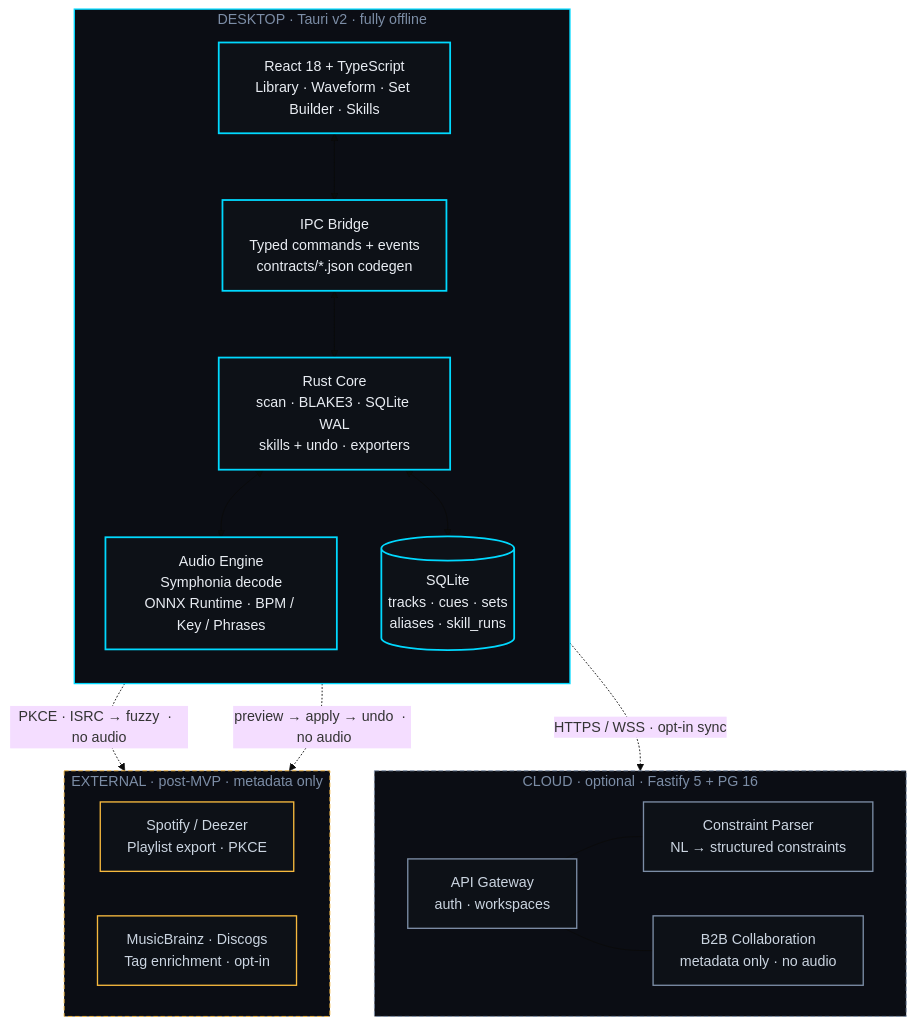
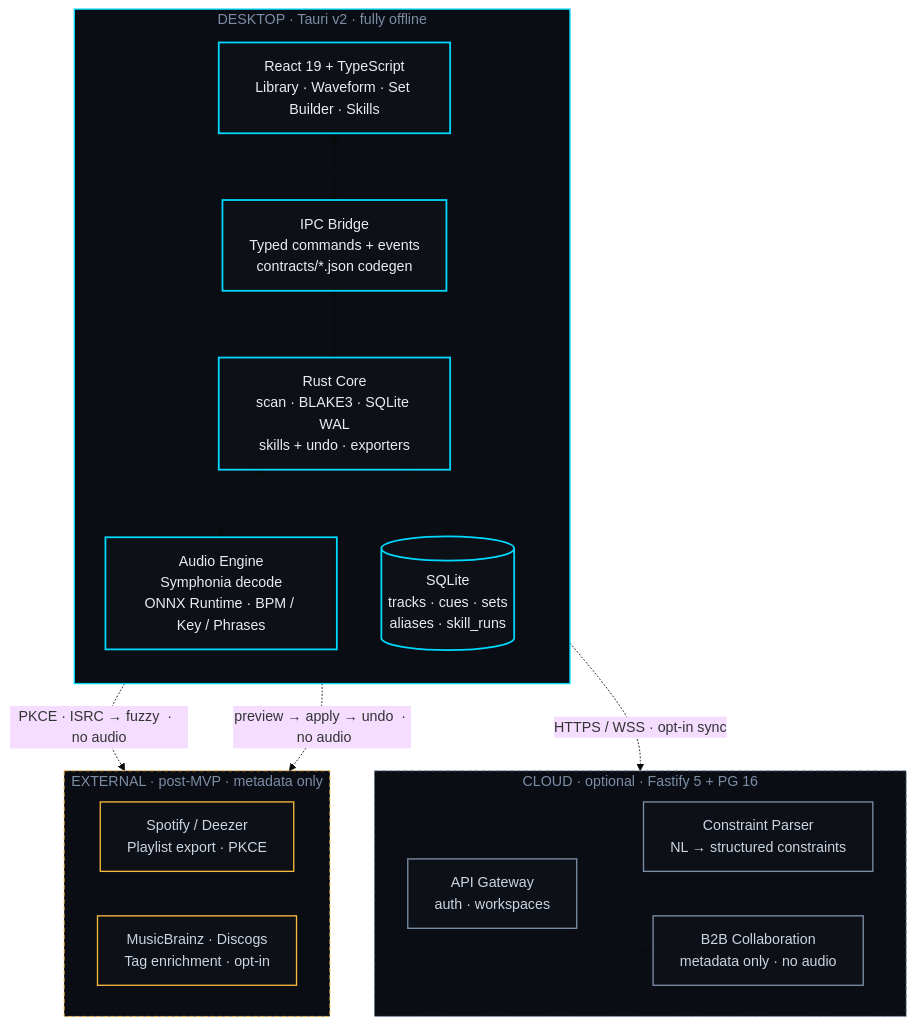
Before and after one commit to iDorgham/DJ-Assistant: the second of 2 diagrams in README.md, drawn with Mermaid (base theme). The commit also changed other lines of this file and 9 other files, not shown here.

````diff
--- a/README.md
+++ b/README.md
@@ -230,51 +234,51 @@
 ```mermaid
 graph TB
     subgraph Desktop["  DESKTOP  ·  Tauri v2  ·  fully offline  "]
         direction TB
-        UI["React 18 + TypeScript\nLibrary · Waveform · Set Builder · Skills"]
+        UI["React 19 + TypeScript\nLibrary · Waveform · Set Builder · Skills"]
         IPC["IPC Bridge\nTyped commands + events\ncontracts/*.json  codegen"]
         Core["Rust Core\nscan · BLAKE3 · SQLite WAL\nskills + undo · exporters"]
         Audio["Audio Engine\nSymphonia decode\nONNX Runtime · BPM / Key / Phrases"]
         DB[("SQLite\ntracks · cues · sets\naliases · skill_runs")]
 
         UI  <-->  IPC
         IPC <-->  Core
         Core <--> Audio
         Core <--> DB
     end
 
     subgraph Cloud["  CLOUD  ·  optional  ·  Fastify 5 + PG 16  "]
         direction LR
         API["API Gateway\nauth · workspaces"]
         LLM["Constraint Parser\nNL → structured constraints"]
         Collab["B2B Collaboration\nmetadata only · no audio"]
         API --- LLM
         API --- Collab
     end
 
     subgraph Ext["  EXTERNAL  ·  post-MVP  ·  metadata only  "]
         direction LR
         SP["Spotify / Deezer\nPlaylist export · PKCE"]
         EN["MusicBrainz · Discogs\nTag enrichment · opt-in"]
     end
 
     IPC  -.->|"HTTPS / WSS  ·  opt-in sync"| API
     Core -.->|"PKCE · ISRC → fuzzy  ·  no audio"| SP
     Core -.->|"preview → apply → undo  ·  no audio"| EN
 
     classDef node    fill:#0D1117,stroke:#00D9FF,stroke-width:2px,color:#E9EDF3
     classDef db      fill:#0D1117,stroke:#00D9FF,stroke-width:2px,color:#E9EDF3
     classDef cnode   fill:#0D1117,stroke:#7C8DA6,stroke-width:1.5px,color:#CBD5E1
     classDef enode   fill:#0D1117,stroke:#F7B93E,stroke-width:1.5px,color:#CBD5E1
     classDef dsub    fill:#0B0D14,stroke:#00D9FF,stroke-width:1.5px,color:#7C8DA6
     classDef csub    fill:#0B0D14,stroke:#7C8DA6,stroke-width:1px,color:#7C8DA6,stroke-dasharray:5 3
     classDef esub    fill:#0B0D14,stroke:#F7B93E,stroke-width:1px,color:#7C8DA6,stroke-dasharray:5 3
 
     class UI,IPC,Core,Audio node
     class DB db
     class API,LLM,Collab cnode
     class SP,EN enode
     class Desktop dsub
     class Cloud csub
     class Ext esub
 ```
````
